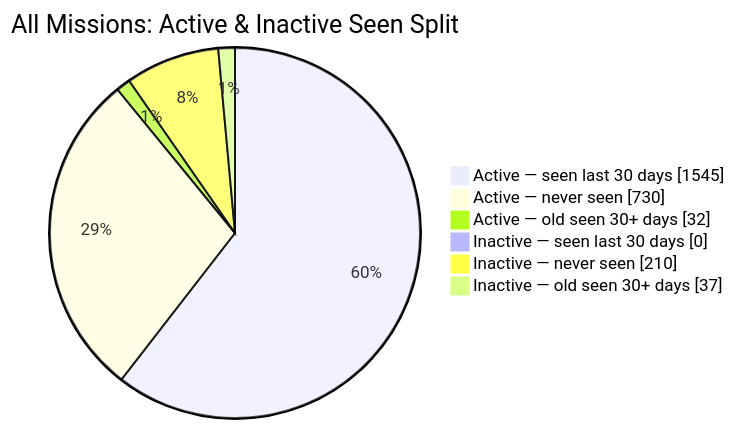
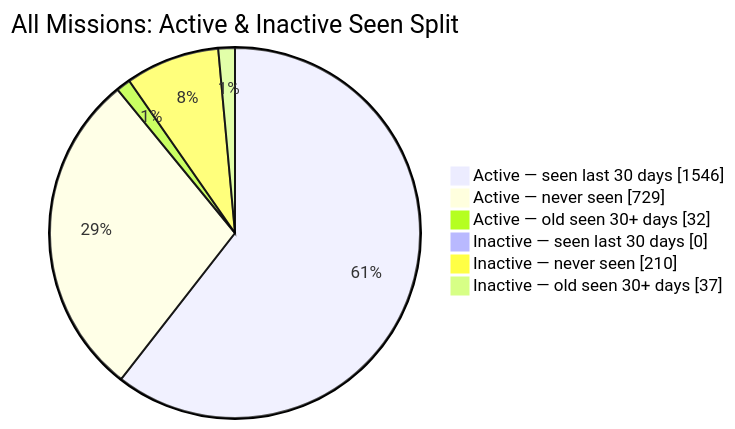
One commit to MeldkamerspelGameTeam/active-missions changed the second of 2 diagrams in README.md. Above: the diagram before and after it, drawn with Mermaid. The commit also changed other lines of this file and 2 other files, not shown here.

````diff
--- a/README.md
+++ b/README.md
@@ -44,10 +44,10 @@
 ```mermaid
 pie showData
     title All Missions: Active & Inactive Seen Split
-    "Active — seen last 30 days" : 1545
-    "Active — never seen" : 730
+    "Active — seen last 30 days" : 1546
+    "Active — never seen" : 729
     "Active — old seen 30+ days" : 32
     "Inactive — seen last 30 days" : 0
     "Inactive — never seen" : 210
     "Inactive — old seen 30+ days" : 37
 ```
````
